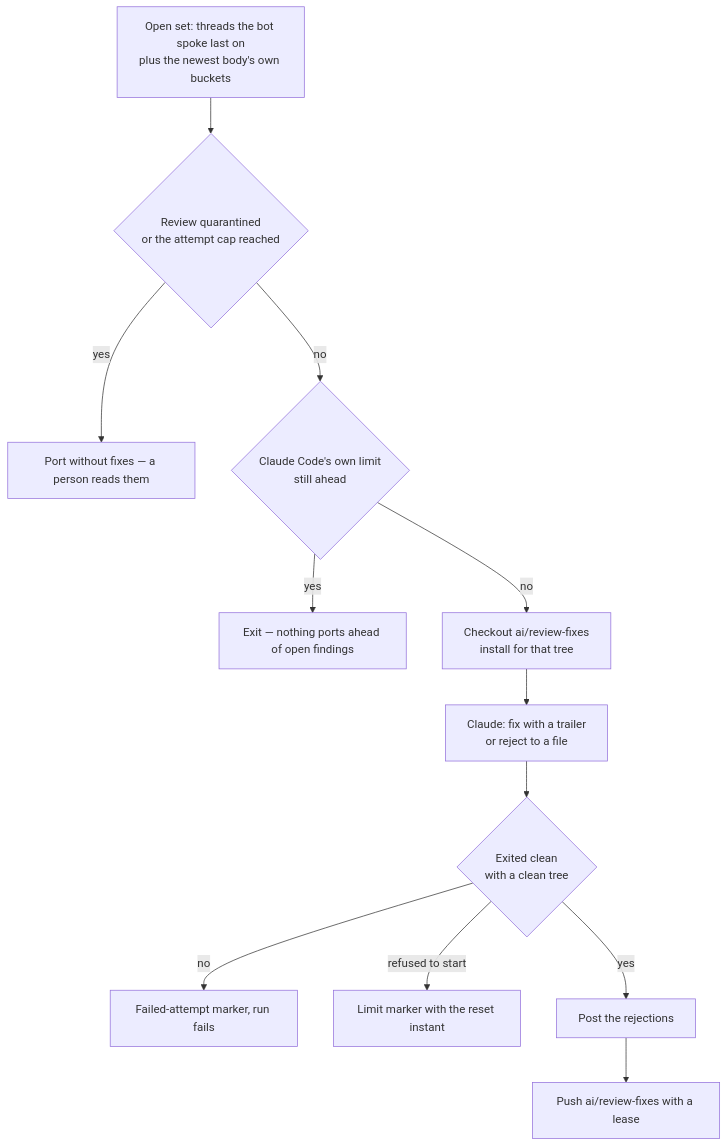
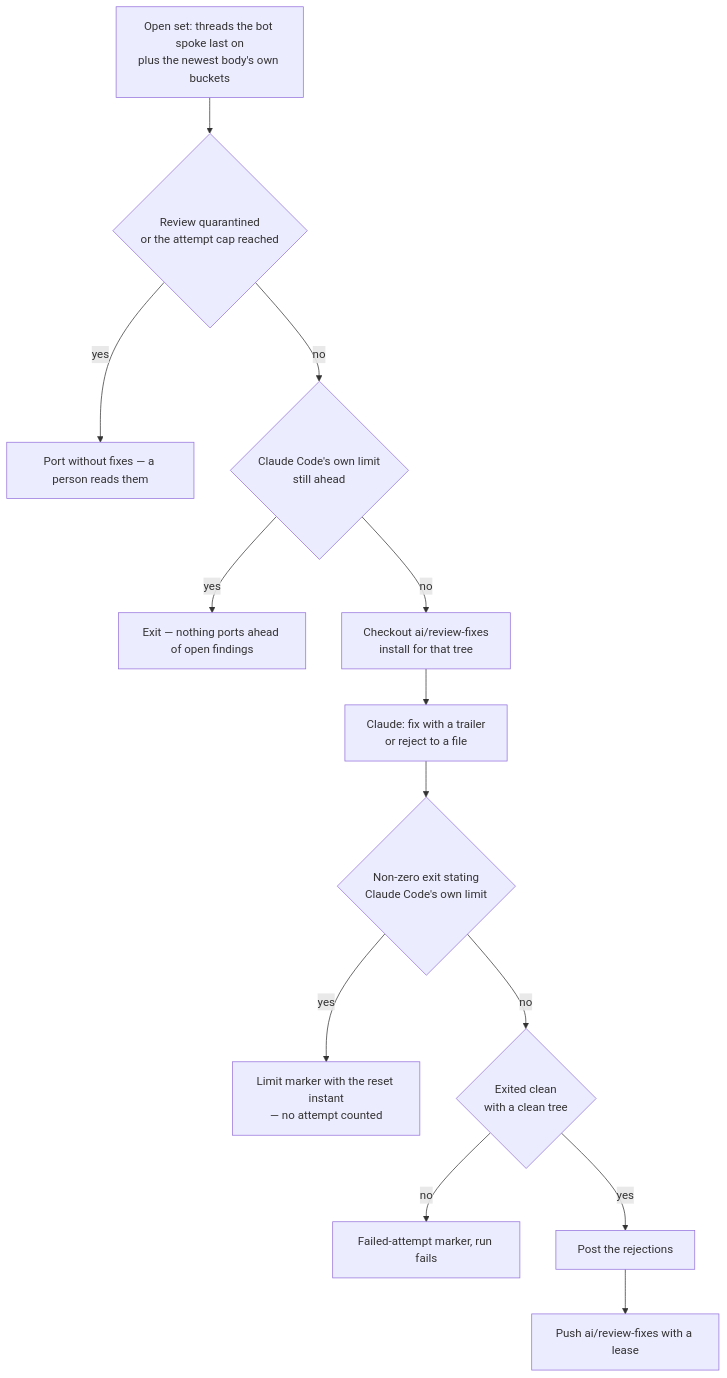
One commit to Esposter/Esposter changed the diagram in apps/web/content/docs/infra/review-collector/drain.md. Above: the diagram before and after it, drawn with Mermaid. The commit also changed other lines of this file, not shown here.

Commit message:
docs(review-collector): the exit status is the discriminator, and the diagram shows it as one
The flowchart hung a "refused to start" edge off the node asking whether the session exited clean, which is the
confusion the code made: a refusal is decided first, off the exit status, and only what is left is asked about a
clean exit and a clean tree. The limit section now says what the refusal actually looks like — a result frame
stating `success`, one turn, no cost, over a non-zero exit — because reading that frame as the model's closing
message is what billed an outage to a review as three failed attempts and a quarantine.

````diff
--- a/apps/web/content/docs/infra/review-collector/drain.md
+++ b/apps/web/content/docs/infra/review-collector/drain.md
@@ -10,13 +10,14 @@
 ```mermaid
 flowchart TD
   O[Open set: threads the bot spoke last on<br/>plus the newest body's own buckets] --> Q{Review quarantined<br/>or the attempt cap reached}
   Q -->|yes| P[Port without fixes — a person reads them]
   Q -->|no| L{Claude Code's own limit<br/>still ahead}
   L -->|yes| X[Exit — nothing ports ahead of open findings]
   L -->|no| B[Checkout ai/review-fixes<br/>install for that tree]
   B --> C[Claude: fix with a trailer<br/>or reject to a file]
-  C --> E{Exited clean<br/>with a clean tree}
+  C --> R{Non-zero exit stating<br/>Claude Code's own limit}
+  R -->|yes| M[Limit marker with the reset instant<br/>— no attempt counted]
+  R -->|no| E{Exited clean<br/>with a clean tree}
   E -->|no| F[Failed-attempt marker, run fails]
-  E -->|refused to start| M[Limit marker with the reset instant]
   E -->|yes| V[Post the rejections] --> PU[Push ai/review-fixes with a lease]
 ```
````
